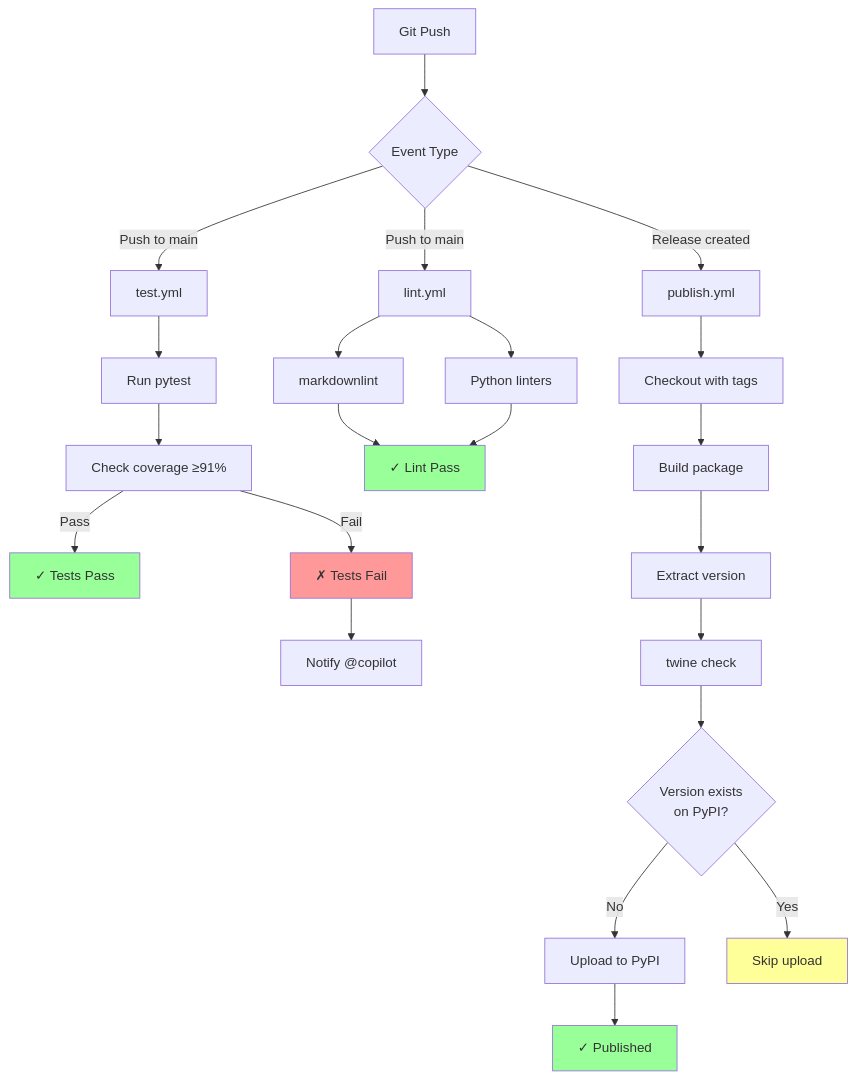
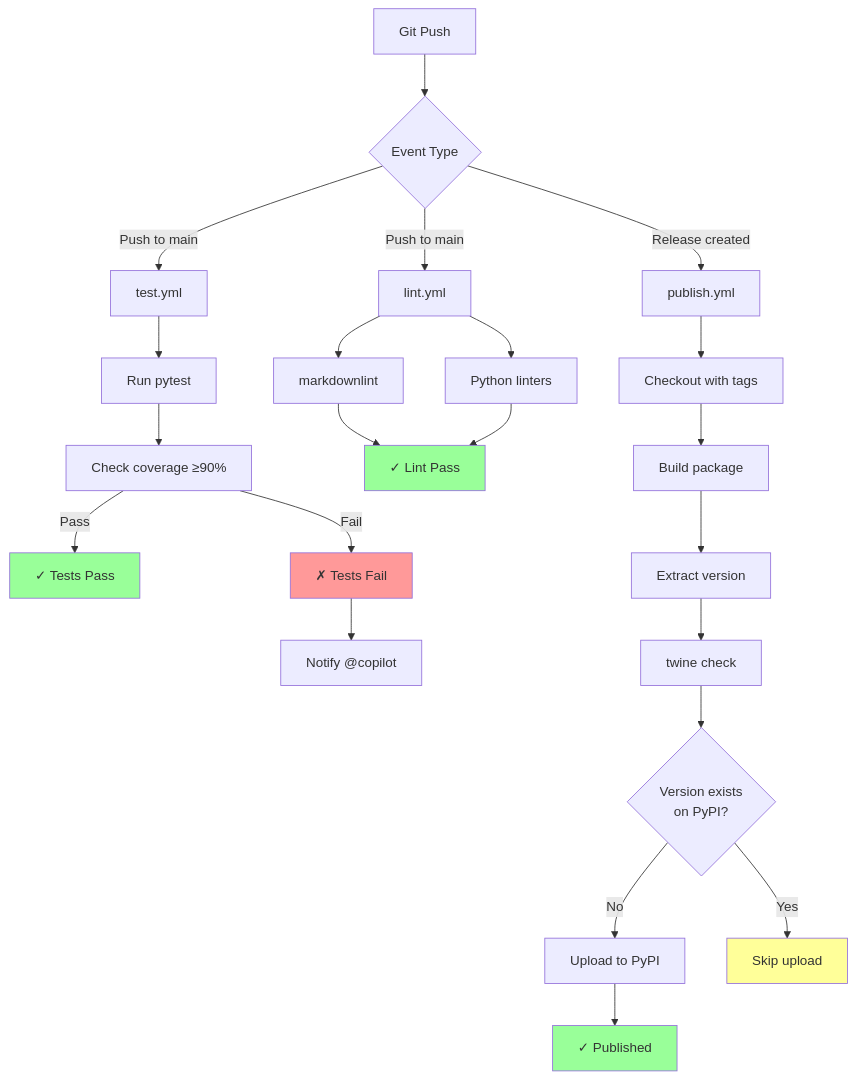
The fifth of 10 diagrams in docs/07-deployment-view.md (ayaiayorg/agentic-devtools), drawn with Mermaid before and after one commit. The commit also changed 8 other files, not shown here.

Commit message:
Address PR review comments: fix Mermaid diagram, KeyboardInterrupt handling, misleading message, coverage refs, copilot-instructions

````diff
--- a/docs/07-deployment-view.md
+++ b/docs/07-deployment-view.md
@@ -151,35 +151,35 @@
 ```mermaid
 flowchart TD
     Push[Git Push] --> Trigger{Event Type}
     
     Trigger -->|Push to main| Test[test.yml]
     Trigger -->|Push to main| Lint[lint.yml]
     Trigger -->|Release created| Publish[publish.yml]
     
     Test --> RunTests[Run pytest]
-    RunTests --> Coverage[Check coverage ≥91%]
+    RunTests --> Coverage[Check coverage ≥90%]
     Coverage -->|Pass| TestPass[✓ Tests Pass]
     Coverage -->|Fail| TestFail[✗ Tests Fail]
     
     Lint --> RunMarkdown[markdownlint]
     Lint --> RunPython[Python linters]
     RunMarkdown --> LintPass[✓ Lint Pass]
     RunPython --> LintPass
     
     Publish --> FetchTags[Checkout with tags]
     FetchTags --> Build[Build package]
     Build --> Extract[Extract version]
     Extract --> Validate[twine check]
     Validate --> CheckPyPI{Version exists<br/>on PyPI?}
     CheckPyPI -->|No| Upload[Upload to PyPI]
     CheckPyPI -->|Yes| Skip[Skip upload]
     Upload --> Published[✓ Published]
     
     TestFail --> Notify[Notify @copilot]
     
     style TestPass fill:#9f9
     style LintPass fill:#9f9
     style Published fill:#9f9
     style TestFail fill:#f99
     style Skip fill:#ff9
 ```
````
